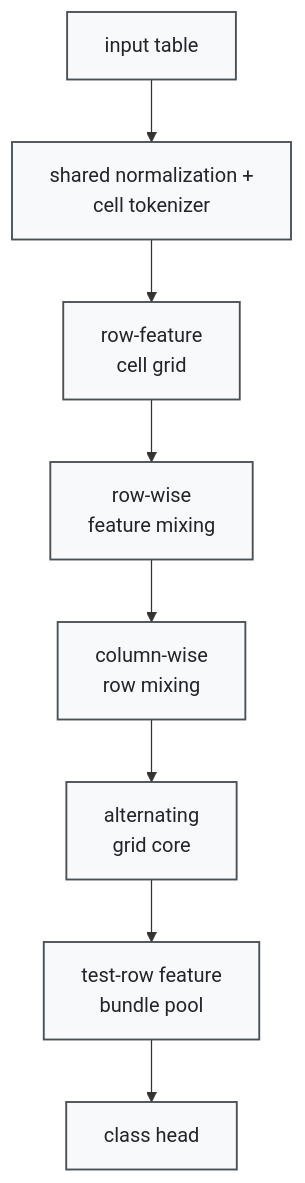
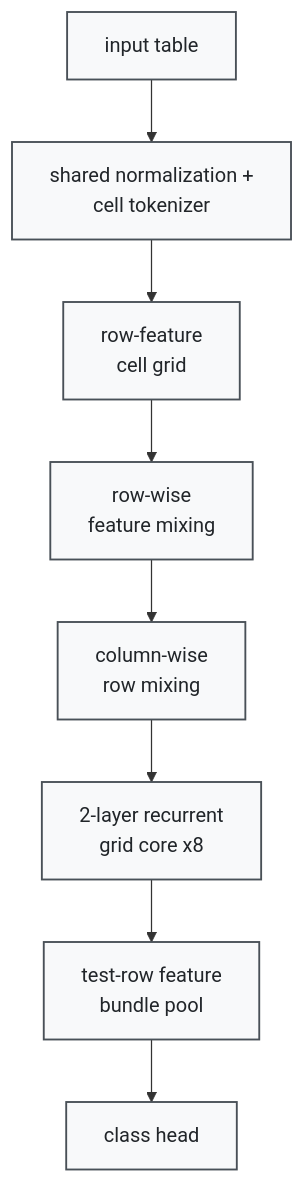
One commit to bensonlee5/tab-foundry changed the second of 2 diagrams in README.md. Above: the diagram before and after it, drawn with Mermaid. The commit also changed other lines of this file and 26 other files, not shown here.

````diff
--- a/README.md
+++ b/README.md
@@ -165,12 +167,12 @@
 ```mermaid
 graph TD
     A[input table] --> B[shared normalization +<br>cell tokenizer]
     B --> C[row-feature<br>cell grid]
     C --> D[row-wise<br>feature mixing]
     D --> E[column-wise<br>row mixing]
-    E --> F[alternating<br>grid core]
+    E --> F[2-layer recurrent<br>grid core x8]
     F --> G[test-row feature<br>bundle pool]
     G --> H[class head]
 
     classDef default fill:#f8f9fa,stroke:#495057,stroke-width:1.5px,color:#212529
 ```
````
